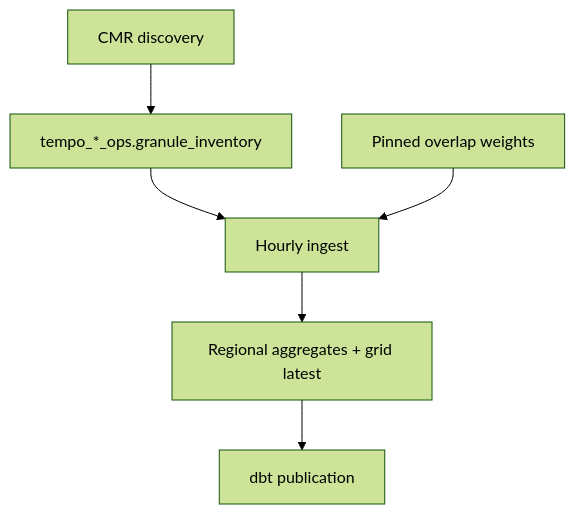
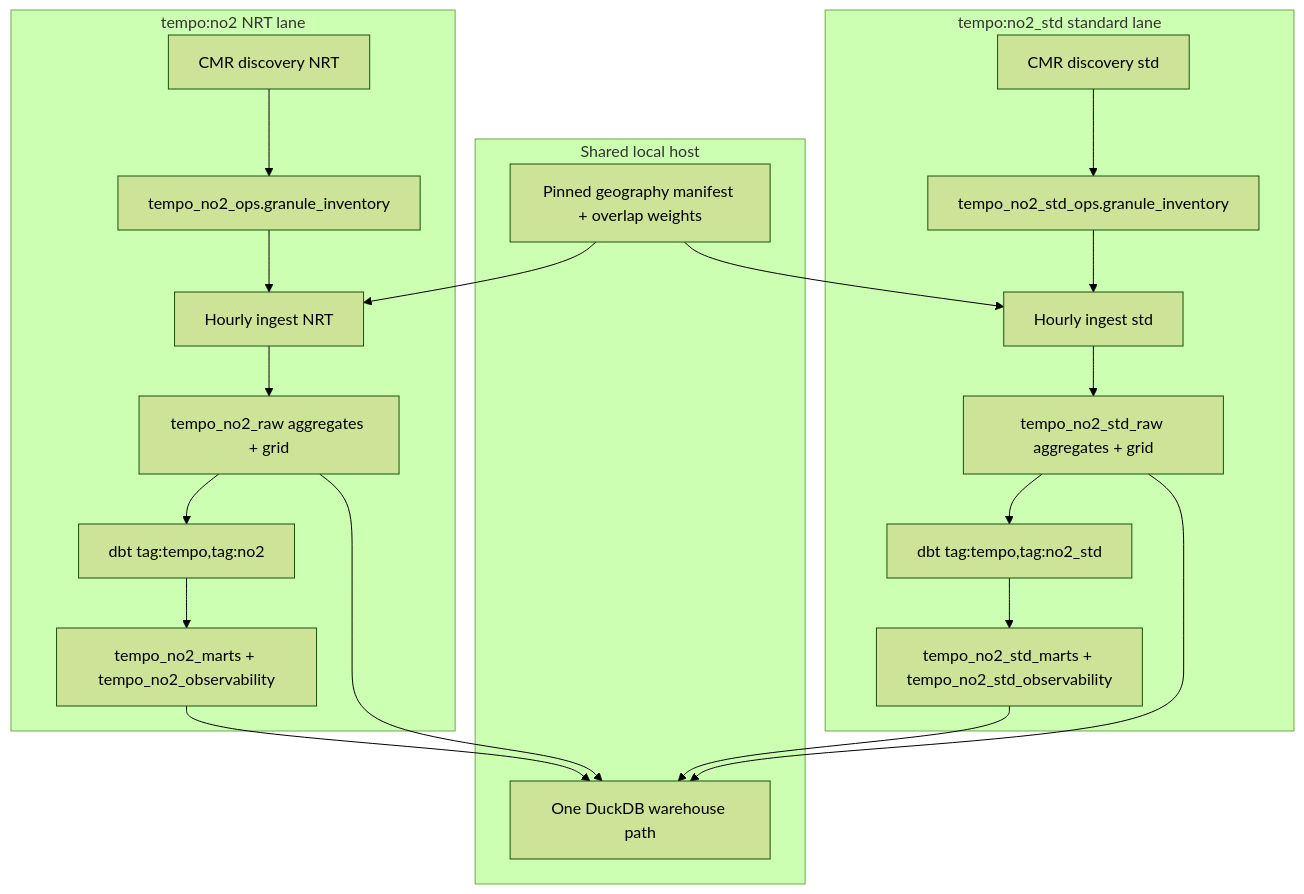
Before and after one commit to hypertrial/titanskies-pipeline: the diagram in docs/concepts/architecture.md, drawn with Mermaid (forest theme). The commit also changed other lines of this file and 17 other files, not shown here.

````diff
--- a/docs/concepts/architecture.md
+++ b/docs/concepts/architecture.md
@@ -5,15 +13,34 @@
 ```mermaid
 flowchart TB
-  discovery["CMR discovery"]
-  ledger["tempo_*_ops.granule_inventory"]
-  ingest["Hourly ingest"]
-  weights["Pinned overlap weights"]
-  raw["Regional aggregates + grid latest"]
-  dbt["dbt publication"]
+  subgraph shared["Shared local host"]
+    geo["Pinned geography manifest + overlap weights"]
+    duck["One DuckDB warehouse path"]
+  end
 
-  discovery --> ledger
-  ledger --> ingest
-  weights --> ingest
-  ingest --> raw
-  raw --> dbt
+  subgraph nrt["tempo:no2 NRT lane"]
+    nrtDisc["CMR discovery NRT"]
+    nrtLedger["tempo_no2_ops.granule_inventory"]
+    nrtIngest["Hourly ingest NRT"]
+    nrtRaw["tempo_no2_raw aggregates + grid"]
+    nrtDbt["dbt tag:tempo,tag:no2"]
+    nrtMarts["tempo_no2_marts + tempo_no2_observability"]
+    nrtDisc --> nrtLedger --> nrtIngest --> nrtRaw --> nrtDbt --> nrtMarts
+  end
+
+  subgraph std["tempo:no2_std standard lane"]
+    stdDisc["CMR discovery std"]
+    stdLedger["tempo_no2_std_ops.granule_inventory"]
+    stdIngest["Hourly ingest std"]
+    stdRaw["tempo_no2_std_raw aggregates + grid"]
+    stdDbt["dbt tag:tempo,tag:no2_std"]
+    stdMarts["tempo_no2_std_marts + tempo_no2_std_observability"]
+    stdDisc --> stdLedger --> stdIngest --> stdRaw --> stdDbt --> stdMarts
+  end
+
+  geo --> nrtIngest
+  geo --> stdIngest
+  nrtRaw --> duck
+  stdRaw --> duck
+  nrtMarts --> duck
+  stdMarts --> duck
 ```
````
